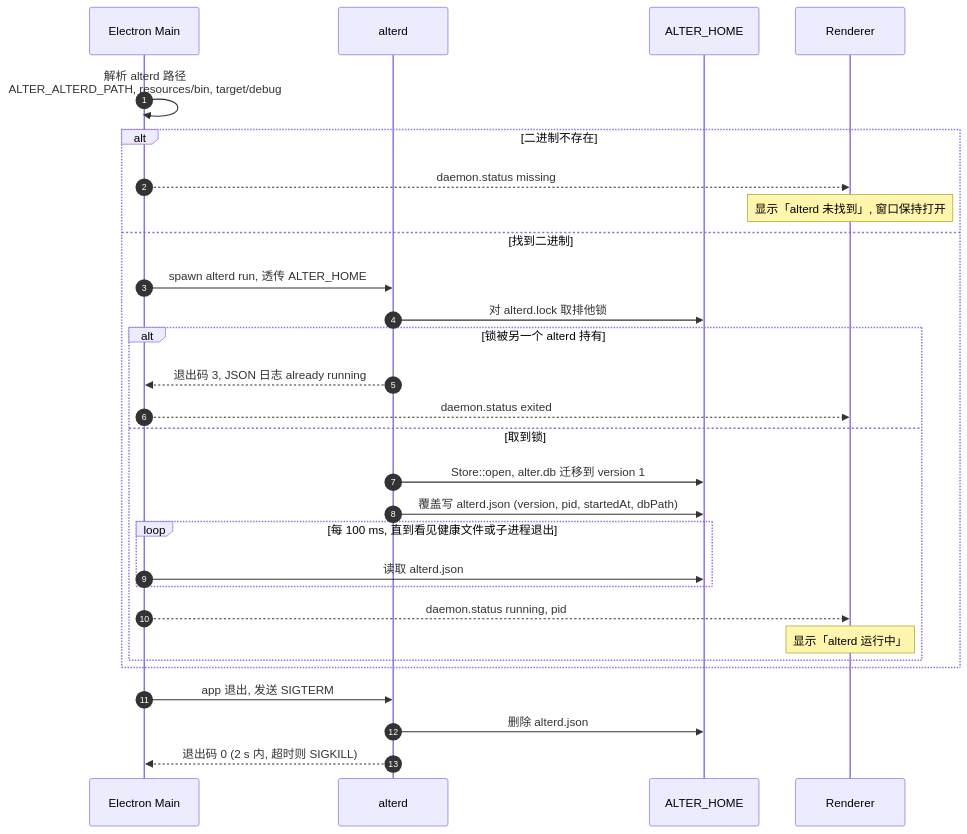
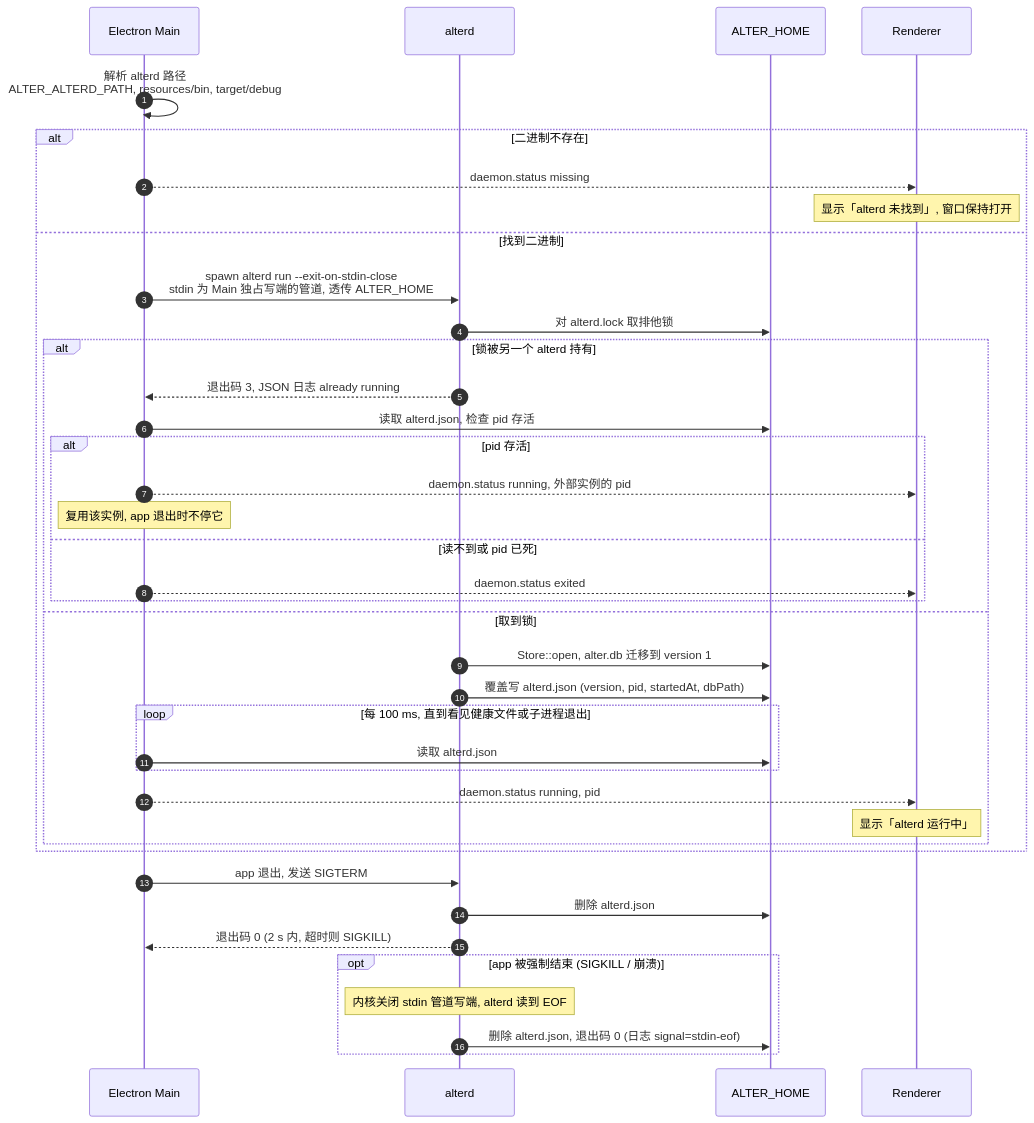
Before and after one commit to ethanyulabs/alter: the fifth of 5 diagrams in .dev-flow/infra/core-flows.md, drawn with Mermaid. The commit also changed other lines of this file and 17 other files, not shown here.

First line of the commit message:
app 异常结束后 alterd 残留，重启显示「已退出」

````diff
--- a/.dev-flow/infra/core-flows.md
+++ b/.dev-flow/infra/core-flows.md
@@ -182,31 +182,41 @@
 ```mermaid
 sequenceDiagram
   autonumber
   participant M as Electron Main
   participant D as alterd
   participant H as ALTER_HOME
   participant R as Renderer
   M->>M: 解析 alterd 路径<br/>ALTER_ALTERD_PATH, resources/bin, target/debug
   alt 二进制不存在
     M-->>R: daemon.status missing
     Note over R: 显示「alterd 未找到」, 窗口保持打开
   else 找到二进制
-    M->>D: spawn alterd run, 透传 ALTER_HOME
+    M->>D: spawn alterd run --exit-on-stdin-close<br/>stdin 为 Main 独占写端的管道, 透传 ALTER_HOME
     D->>H: 对 alterd.lock 取排他锁
     alt 锁被另一个 alterd 持有
       D-->>M: 退出码 3, JSON 日志 already running
-      M-->>R: daemon.status exited
+      M->>H: 读取 alterd.json, 检查 pid 存活
+      alt pid 存活
+        M-->>R: daemon.status running, 外部实例的 pid
+        Note over M: 复用该实例, app 退出时不停它
+      else 读不到或 pid 已死
+        M-->>R: daemon.status exited
+      end
     else 取到锁
       D->>H: Store::open, alter.db 迁移到 version 1
       D->>H: 覆盖写 alterd.json (version, pid, startedAt, dbPath)
       loop 每 100 ms, 直到看见健康文件或子进程退出
         M->>H: 读取 alterd.json
       end
       M-->>R: daemon.status running, pid
       Note over R: 显示「alterd 运行中」
     end
   end
   M->>D: app 退出, 发送 SIGTERM
   D->>H: 删除 alterd.json
   D-->>M: 退出码 0 (2 s 内, 超时则 SIGKILL)
+  opt app 被强制结束 (SIGKILL / 崩溃)
+    Note over D: 内核关闭 stdin 管道写端, alterd 读到 EOF
+    D->>H: 删除 alterd.json, 退出码 0 (日志 signal=stdin-eof)
+  end
 ```
````
